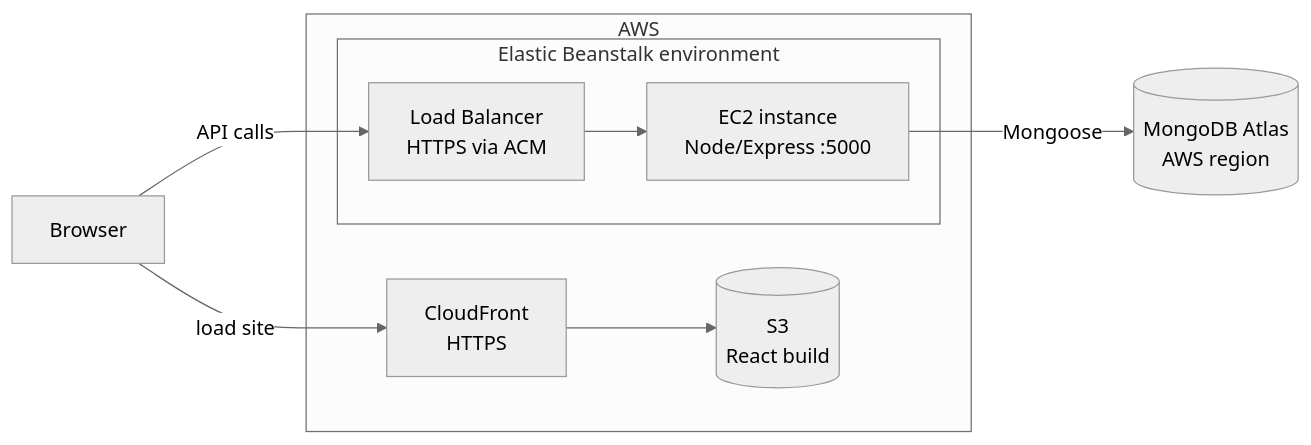
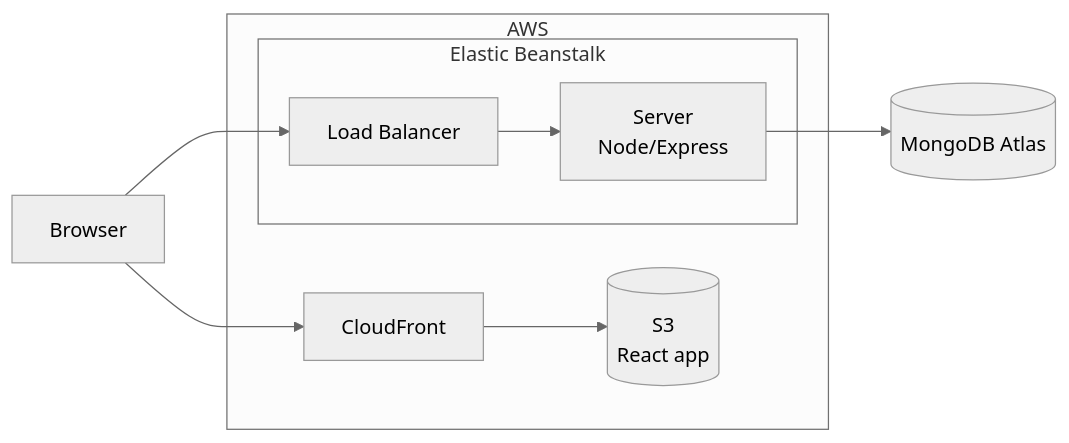
Before and after one commit to Shreyansh9016/Expense_Tracker: the second of 2 diagrams in README.md, drawn with Mermaid (neutral theme). The commit also changed other lines of this file, not shown here.

````diff
--- a/README.md
+++ b/README.md
@@ -47,17 +47,17 @@
 ```mermaid
 flowchart LR
     U[Browser]
     subgraph AWS
-        CF[CloudFront<br/>HTTPS]
-        S3[(S3<br/>React build)]
-        subgraph EB[Elastic Beanstalk environment]
-            ALB[Load Balancer<br/>HTTPS via ACM]
-            EC2[EC2 instance<br/>Node/Express :5000]
+        CF[CloudFront]
+        S3[(S3<br/>React app)]
+        subgraph EB[Elastic Beanstalk]
+            ALB[Load Balancer]
+            EC2[Server<br/>Node/Express]
         end
     end
-    DB[(MongoDB Atlas<br/>AWS region)]
+    DB[(MongoDB Atlas)]
 
-    U -- "load site" --> CF --> S3
-    U -- "API calls" --> ALB --> EC2
-    EC2 -- "Mongoose" --> DB
+    U --> CF --> S3
+    U --> ALB --> EC2
+    EC2 --> DB
 ```
````
